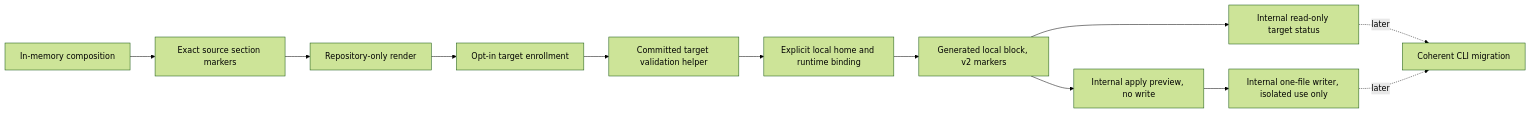
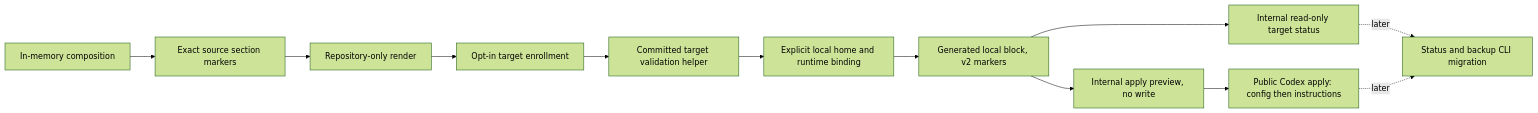
The ninth of 9 diagrams in docs/shared-instructions-design.md (ferrywlto/ai-env-as-code), drawn with Mermaid (forest theme) before and after one commit. The commit also changed other lines of this file and 4 other files, not shown here.

Commit message:
feat: apply committed portable Codex target

````diff
--- a/docs/shared-instructions-design.md
+++ b/docs/shared-instructions-design.md
@@ -307,14 +309,14 @@
 ```mermaid
 flowchart LR
     Compose[In-memory composition] --> Sections[Exact source section markers]
     Sections --> Render[Repository-only render]
     Render --> Enrollment[Opt-in target enrollment]
     Enrollment --> Validation[Committed target validation helper]
     Validation --> Local[Explicit local home and runtime binding]
     Local --> Block[Generated local block, v2 markers]
     Block --> Inspect[Internal read-only target status]
     Block --> Preview[Internal apply preview, no write]
-    Preview --> Writer[Internal one-file writer, isolated use only]
-    Inspect -.->|later| Directional[Coherent CLI migration]
+    Preview --> Writer[Public Codex apply: config then instructions]
+    Inspect -.->|later| Directional[Status and backup CLI migration]
     Writer -.->|later| Directional
 ```
````
